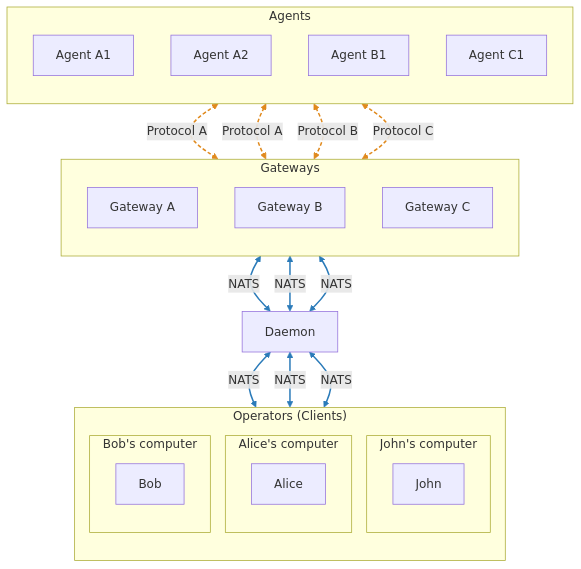
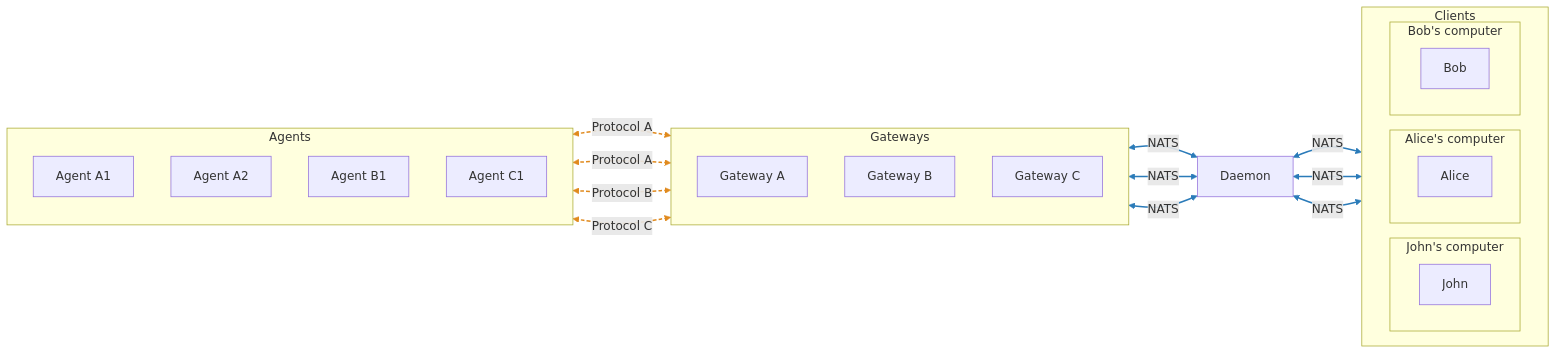
The diagram in README.md (fooHQ/foojank), drawn with Mermaid before and after one commit. The commit also changed other lines of this file, not shown here.

````diff
--- a/README.md
+++ b/README.md
@@ -36,50 +38,50 @@
 ```mermaid
-flowchart BT
-    subgraph CL["Operators (Clients)"]
-        direction TB
+flowchart RL
+    subgraph CL["Clients"]
+        direction RL
         subgraph PC1["John's computer"]
             John["John"]
         end
         subgraph PC2["Alice's computer"]
             Alice["Alice"]
         end
         subgraph PBob["Bob's computer"]
             Bob["Bob"]
         end
     end
 
     Daemon["Daemon"]
 
     subgraph GW["Gateways"]
         direction TB
         GW1["Gateway A"]
         GW2["Gateway B"]
         GW3["Gateway C"]
     end
 
     subgraph AG["Agents"]
         direction TB
         A1["Agent A1"]
         A2["Agent A2"]
         B1["Agent B1"]
         C1["Agent C1"]
     end
 
     %% NATS-based communication
     John <-->|NATS| Daemon
     Alice <-->|NATS| Daemon
     Bob <-->|NATS| Daemon
     Daemon <-->|NATS| GW1
     Daemon <-->|NATS| GW2
     Daemon <-->|NATS| GW3
 
     %% Gateway-specific protocols
     GW1 <-->|Protocol A| A1
     GW1 <-->|Protocol A| A2
     GW2 <-->|Protocol B| B1
     GW3 <-->|Protocol C| C1
 
     %% Styling: solid blue = NATS, dashed orange = gateway protocol
     linkStyle 0,1,2,3,4,5 stroke:#2b7bb9,stroke-width:2px
     linkStyle 6,7,8,9 stroke:#e08a1e,stroke-width:2px,stroke-dasharray:5 3
 ```
````
